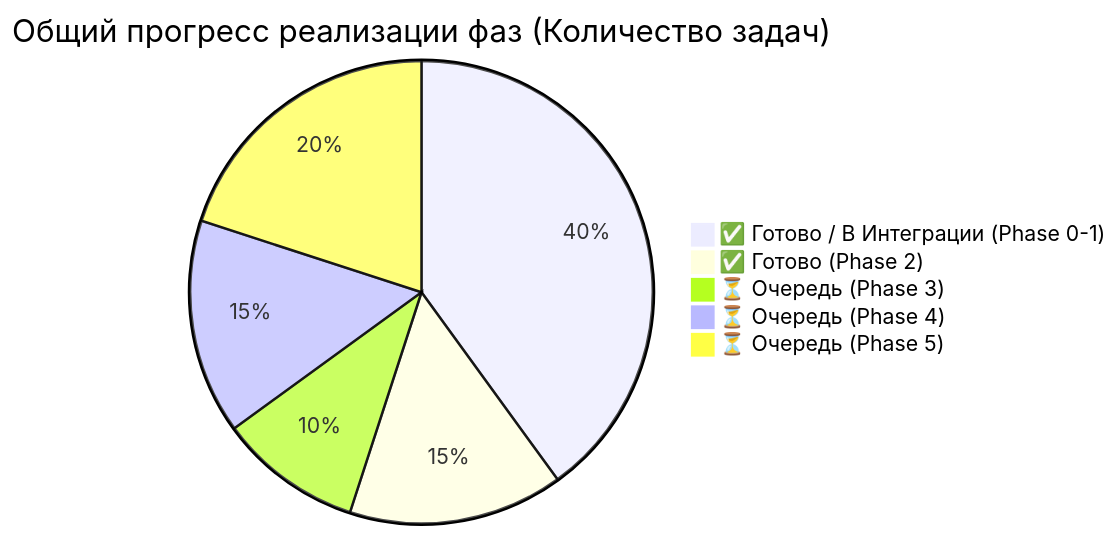
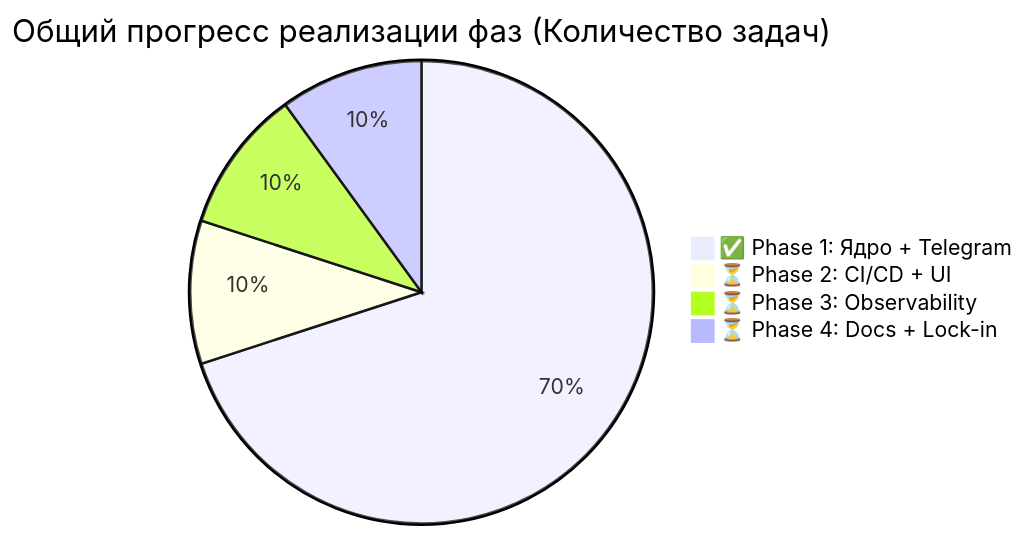
The first of 3 diagrams in PHASES.md (huivrotiki/shadow-stack-widget-1), drawn with Mermaid before and after one commit. The commit also changed other lines of this file and 3 other files, not shown here.

````diff
--- a/PHASES.md
+++ b/PHASES.md
@@ -12,8 +12,7 @@
 ```mermaid
 pie title Общий прогресс реализации фаз (Количество задач)
-    "✅ Готово / В Интеграции (Phase 0-1)" : 8
-    "✅ Готово (Phase 2)" : 3
-    "⏳ Очередь (Phase 3)" : 2
-    "⏳ Очередь (Phase 4)" : 3
-    "⏳ Очередь (Phase 5)" : 4
+    "✅ Phase 1: Ядро + Telegram" : 70
+    "⏳ Phase 2: CI/CD + UI" : 10
+    "⏳ Phase 3: Observability" : 10
+    "⏳ Phase 4: Docs + Lock-in" : 10
 ```
````
